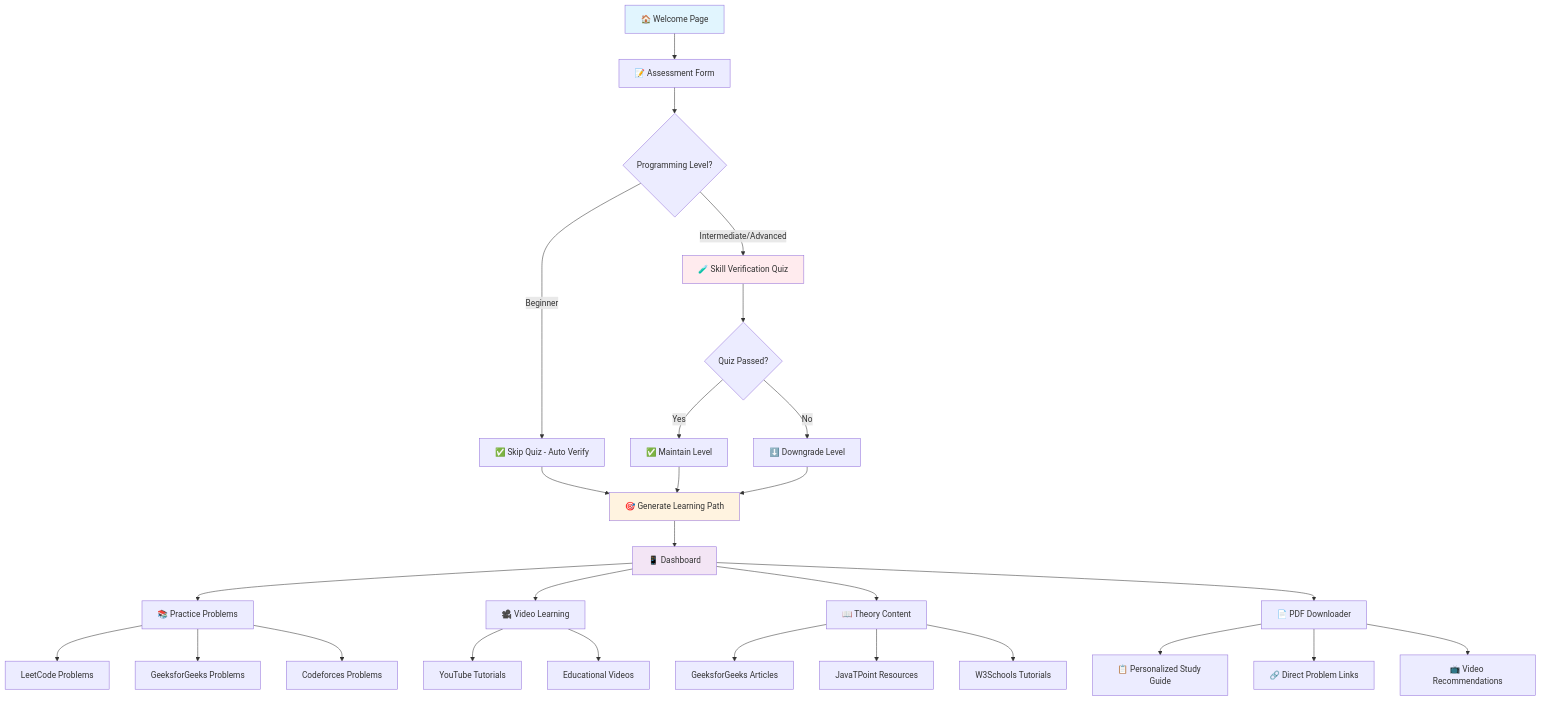
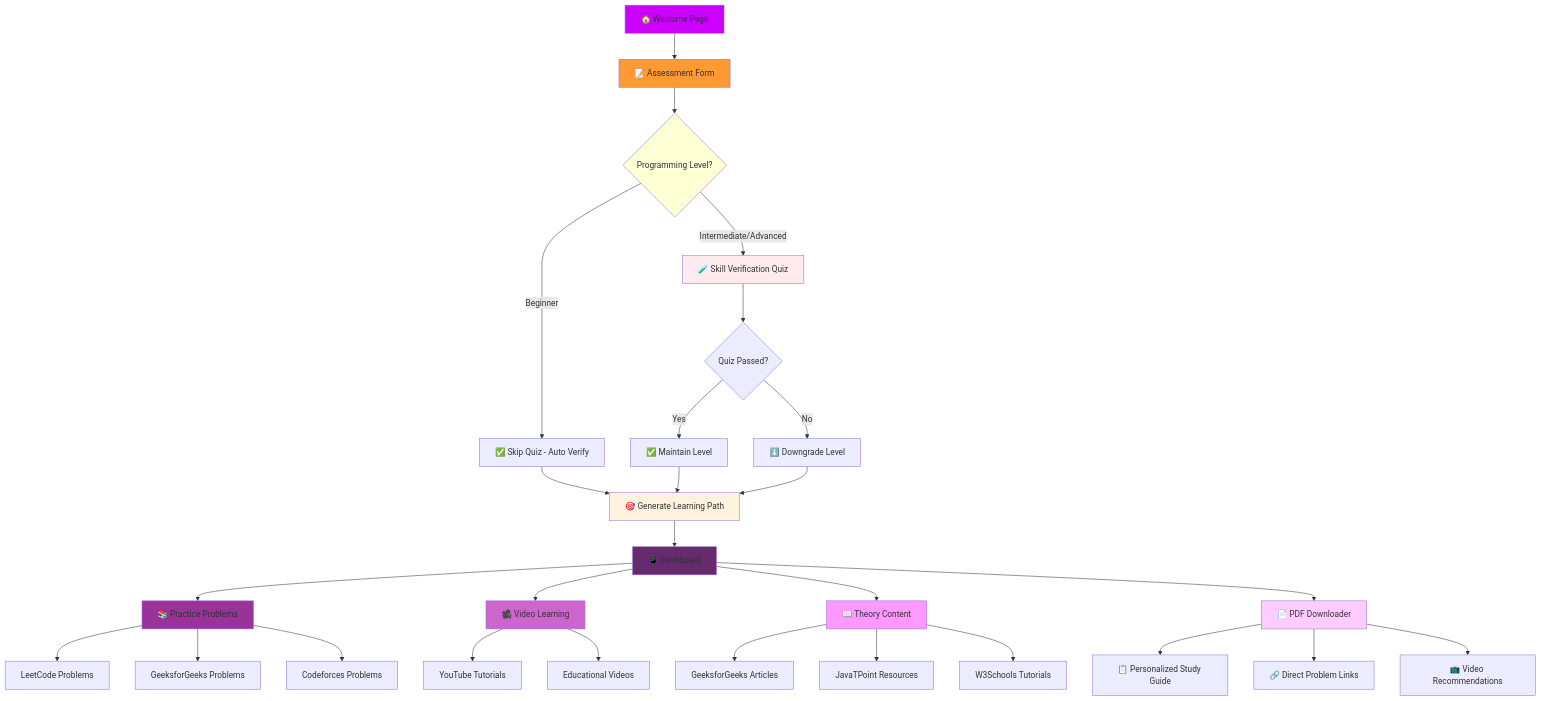
The diagram in README.md (Surya-Mathivanan/MERN_STACK_CAPSTONE_PROJECT), drawn with Mermaid before and after one commit.

Commit message:
readme updated

````diff
--- a/README.md
+++ b/README.md
@@ -8,43 +8,49 @@
 ```mermaid
 graph TD
     A[🏠 Welcome Page] --> B[📝 Assessment Form]
     B --> C{Programming Level?}
     
     C -->|Beginner| D[✅ Skip Quiz - Auto Verify]
     C -->|Intermediate/Advanced| E[🧪 Skill Verification Quiz]
     
     E --> F{Quiz Passed?}
     F -->|Yes| G[✅ Maintain Level]
     F -->|No| H[⬇️ Downgrade Level]
     
     D --> I[🎯 Generate Learning Path]
     G --> I
     H --> I
     
     I --> J[📱 Dashboard]
     
     J --> K[📚 Practice Problems]
     J --> L[🎥 Video Learning]
     J --> M[📖 Theory Content]
     J --> N[📄 PDF Downloader]
     
     K --> O[LeetCode Problems]
     K --> P[GeeksforGeeks Problems]
     K --> Q[Codeforces Problems]
     
     L --> R[YouTube Tutorials]
     L --> S[Educational Videos]
     
     M --> T[GeeksforGeeks Articles]
     M --> U[JavaTPoint Resources]
     M --> V[W3Schools Tutorials]
     
     N --> W[📋 Personalized Study Guide]
     N --> X[🔗 Direct Problem Links]
     N --> Y[📺 Video Recommendations]
     
-    style A fill:#e1f5fe
-    style J fill:#f3e5f5
+    style A fill:#cc00ff
+    style J fill:#652b6e
+    style K fill:#993399
+    style L fill:#cc66cc
+    style M fill:#ff99ff
+    style N fill:#ffccff
+    style B fill:#ff9933
+    style C fill:#ffcc
     style I fill:#fff3e0
     style E fill:#ffebee
 ```
````
